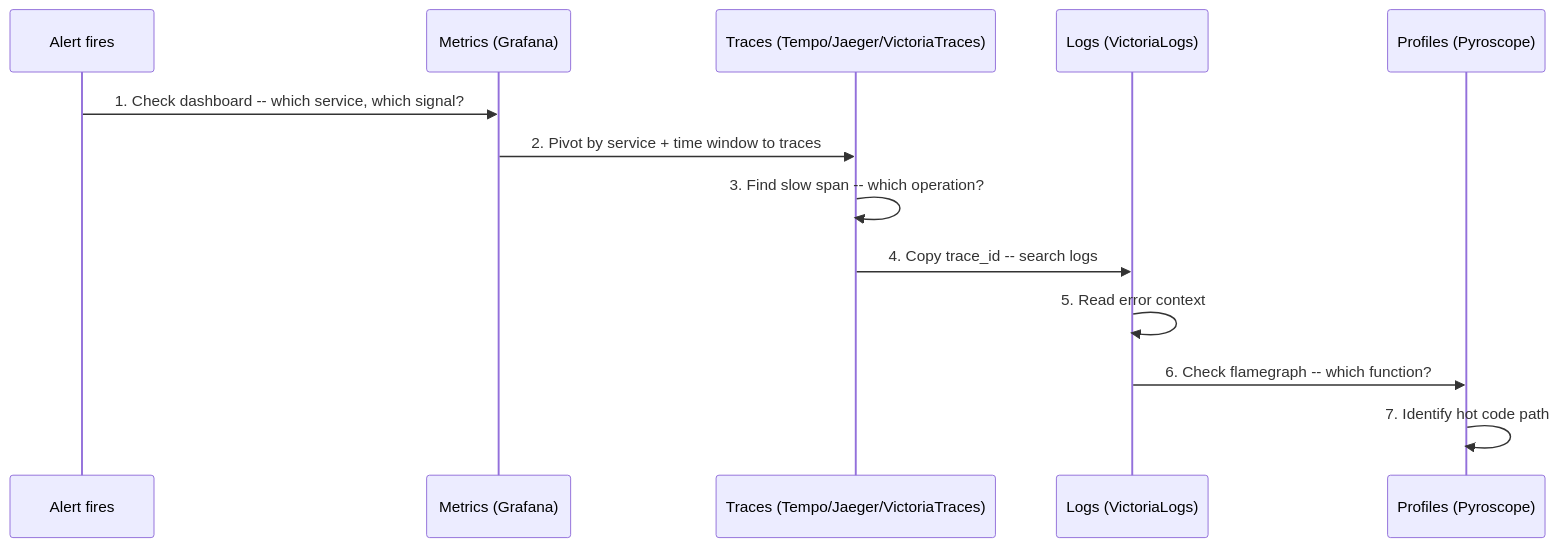
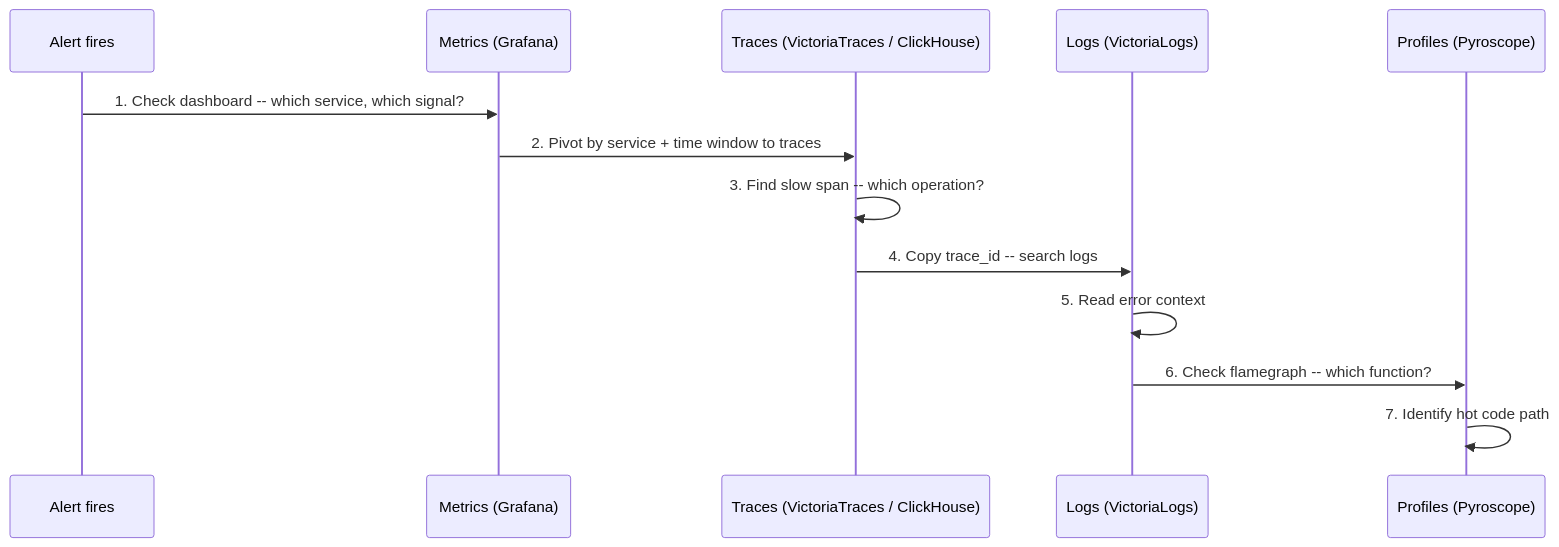
One commit to duynhlab/homelab changed the fifth of 5 diagrams in docs/observability/README.md. Above: the diagram before and after it, drawn with Mermaid. The commit also changed other lines of this file and 57 other files, not shown here.

````diff
--- a/docs/observability/README.md
+++ b/docs/observability/README.md
@@ -389,16 +380,16 @@
 ```mermaid
 sequenceDiagram
     participant A as Alert fires
     participant M as Metrics (Grafana)
-    participant T as Traces (Tempo/Jaeger/VictoriaTraces)
+    participant T as Traces (VictoriaTraces / ClickHouse)
     participant L as Logs (VictoriaLogs)
     participant P as Profiles (Pyroscope)
 
     A->>M: 1. Check dashboard -- which service, which signal?
     M->>T: 2. Pivot by service + time window to traces
     T->>T: 3. Find slow span -- which operation?
     T->>L: 4. Copy trace_id -- search logs
     L->>L: 5. Read error context
     L->>P: 6. Check flamegraph -- which function?
     P->>P: 7. Identify hot code path
 ```
````
